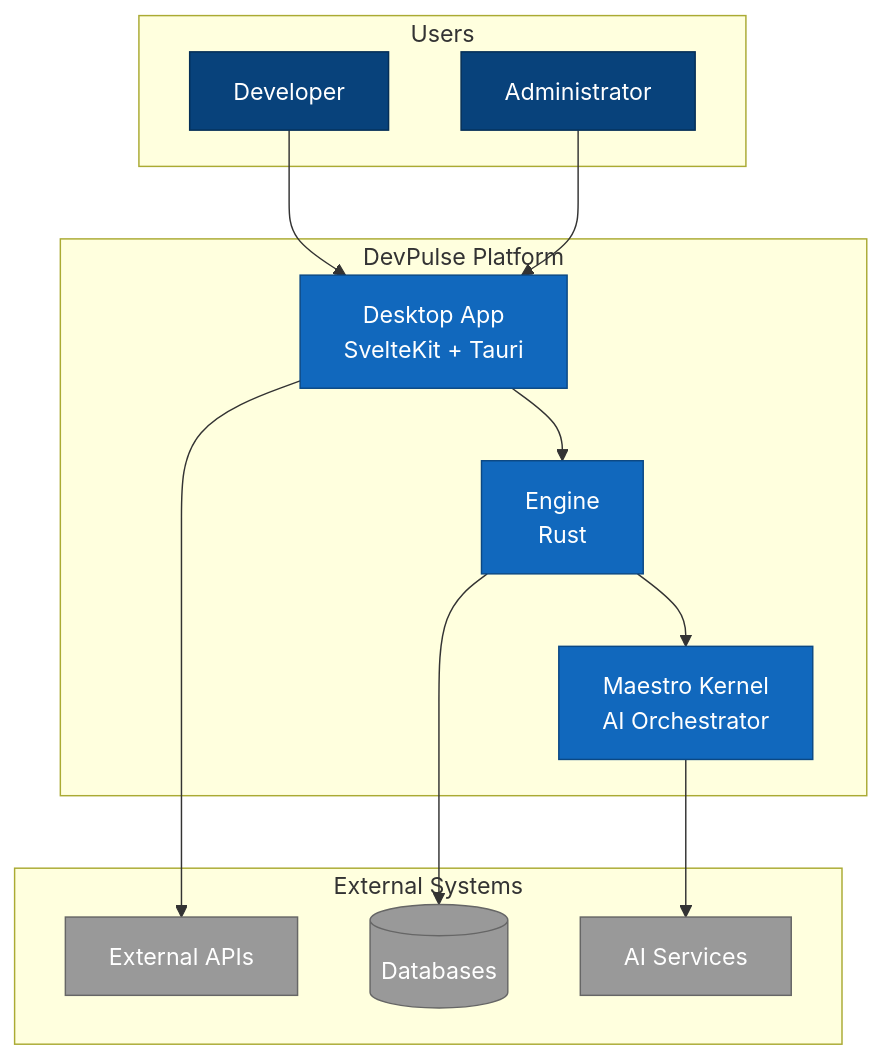
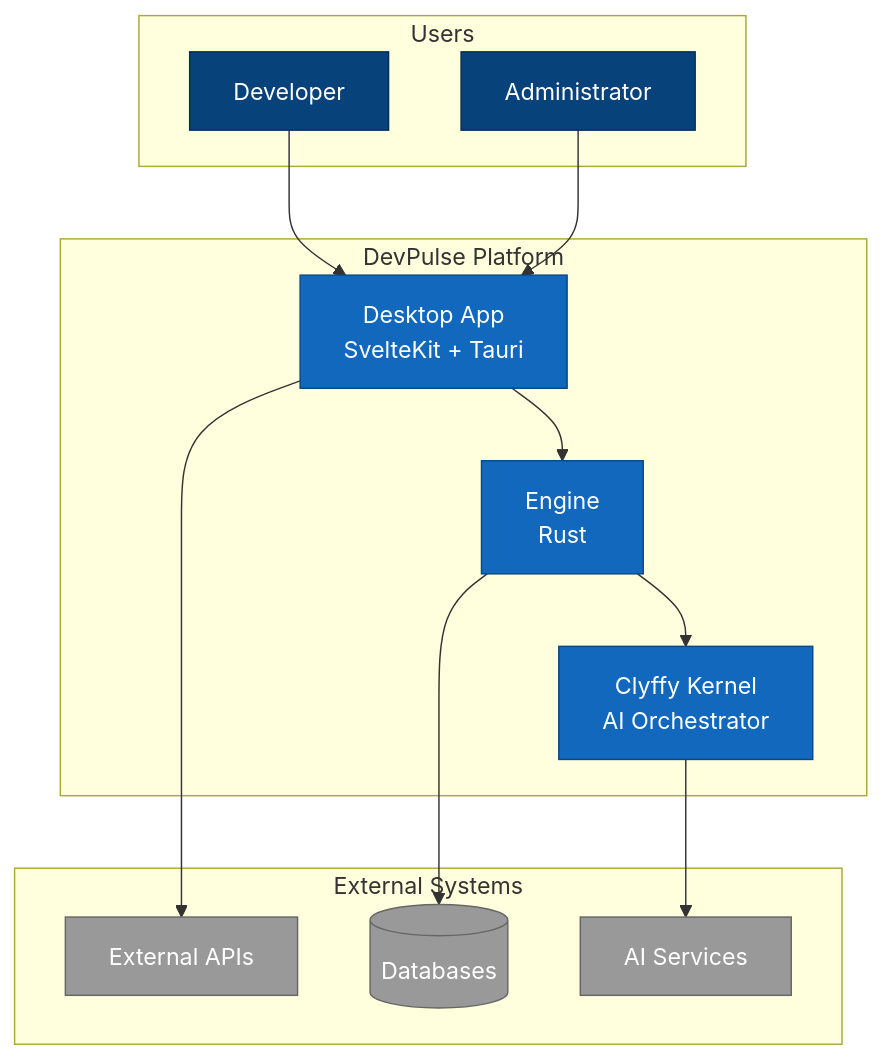
Before and after one commit to EonsofStupid/platform_devpulse: the diagram in scripts/docs/templates/diagrams/c4-context.mmd, drawn with Mermaid. The commit also changed 151 other files, not shown here.

First line of the commit message:
feat(engine): rename maestro to clyffy, add visual system, align components

```diff
--- a/scripts/docs/templates/diagrams/c4-context.mmd
+++ b/scripts/docs/templates/diagrams/c4-context.mmd
@@ -1,36 +1,36 @@
 %% C4 Context Diagram Template
 %% Customize for your system
 
 graph TB
     subgraph Users["Users"]
         Dev[Developer]
         Admin[Administrator]
     end
 
     subgraph DevPulse["DevPulse Platform"]
         Desktop[Desktop App<br/>SvelteKit + Tauri]
         Engine[Engine<br/>Rust]
-        Maestro[Maestro Kernel<br/>AI Orchestrator]
+        Clyffy[Clyffy Kernel<br/>AI Orchestrator]
     end
 
     subgraph External["External Systems"]
         API[External APIs]
         DB[(Databases)]
         AI[AI Services]
     end
 
     Dev --> Desktop
     Admin --> Desktop
     Desktop --> Engine
-    Engine --> Maestro
-    Maestro --> AI
+    Engine --> Clyffy
+    Clyffy --> AI
     Engine --> DB
     Desktop --> API
 
     classDef user fill:#08427b,stroke:#052e56,color:#fff
     classDef internal fill:#1168bd,stroke:#0b4884,color:#fff
     classDef external fill:#999999,stroke:#666666,color:#fff
 
     class Dev,Admin user
-    class Desktop,Engine,Maestro internal
+    class Desktop,Engine,Clyffy internal
     class API,DB,AI external
```
